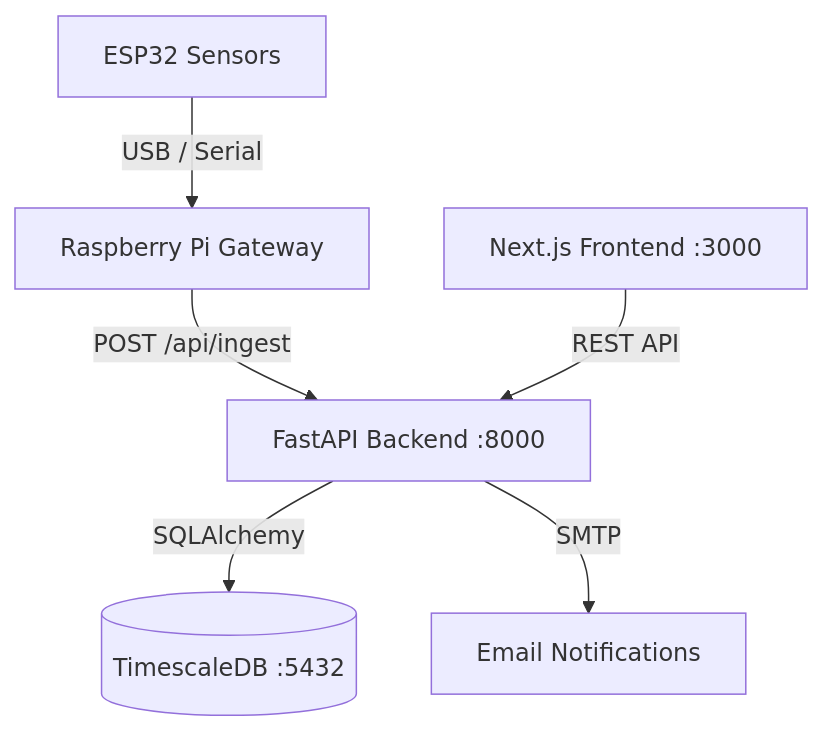
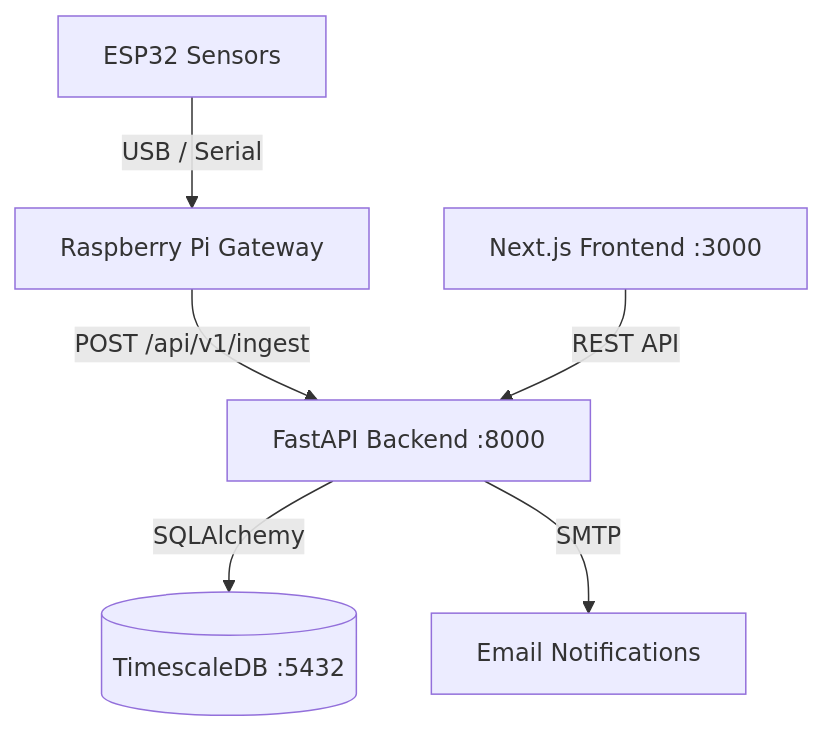
The diagram in README.md (Dinten-dev/GreenMindDB), drawn with Mermaid before and after one commit. The commit also changed other lines of this file and 45 other files, not shown here.

````diff
--- a/README.md
+++ b/README.md
@@ -45,8 +45,8 @@
 ```mermaid
 graph TD;
     Sensors[ESP32 Sensors] -->|USB / Serial| Pi[Raspberry Pi Gateway]
-    Pi -->|POST /api/ingest| API[FastAPI Backend :8000]
+    Pi -->|POST /api/v1/ingest| API[FastAPI Backend :8000]
     API -->|SQLAlchemy| DB[(TimescaleDB :5432)]
     UI[Next.js Frontend :3000] -->|REST API| API
     API -->|SMTP| Email[Email Notifications]
 ```
````
